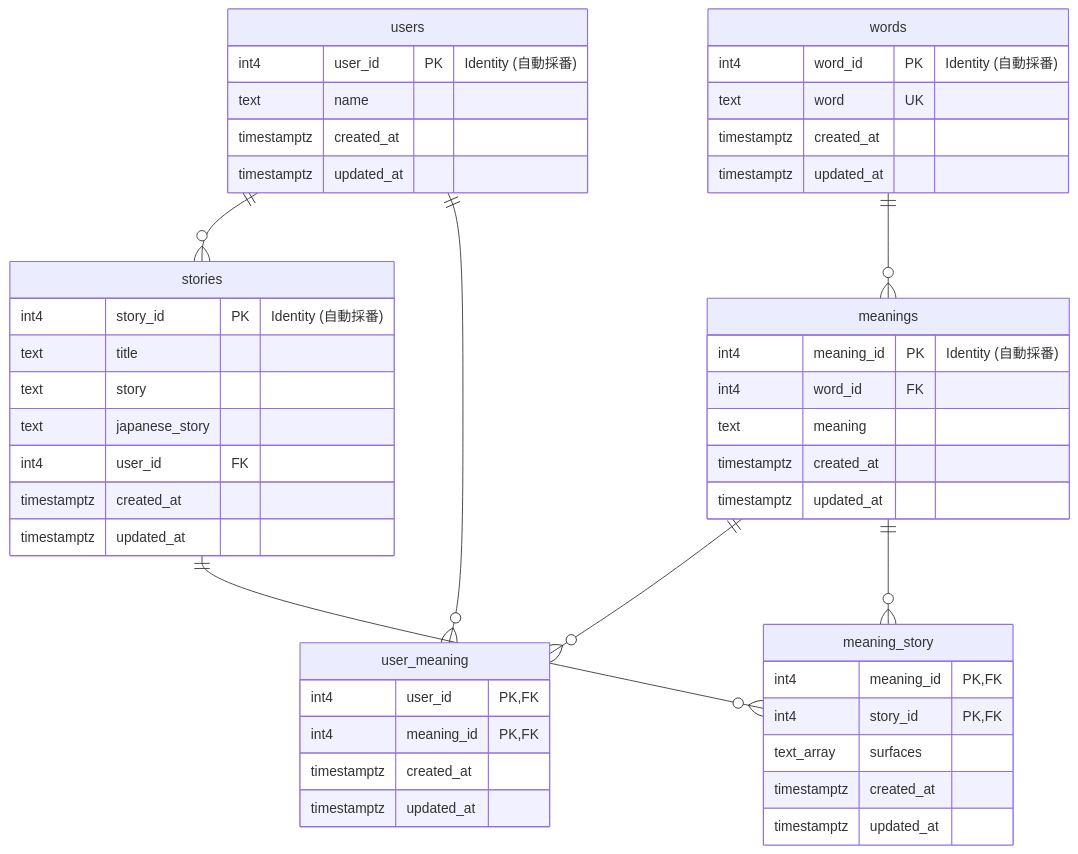
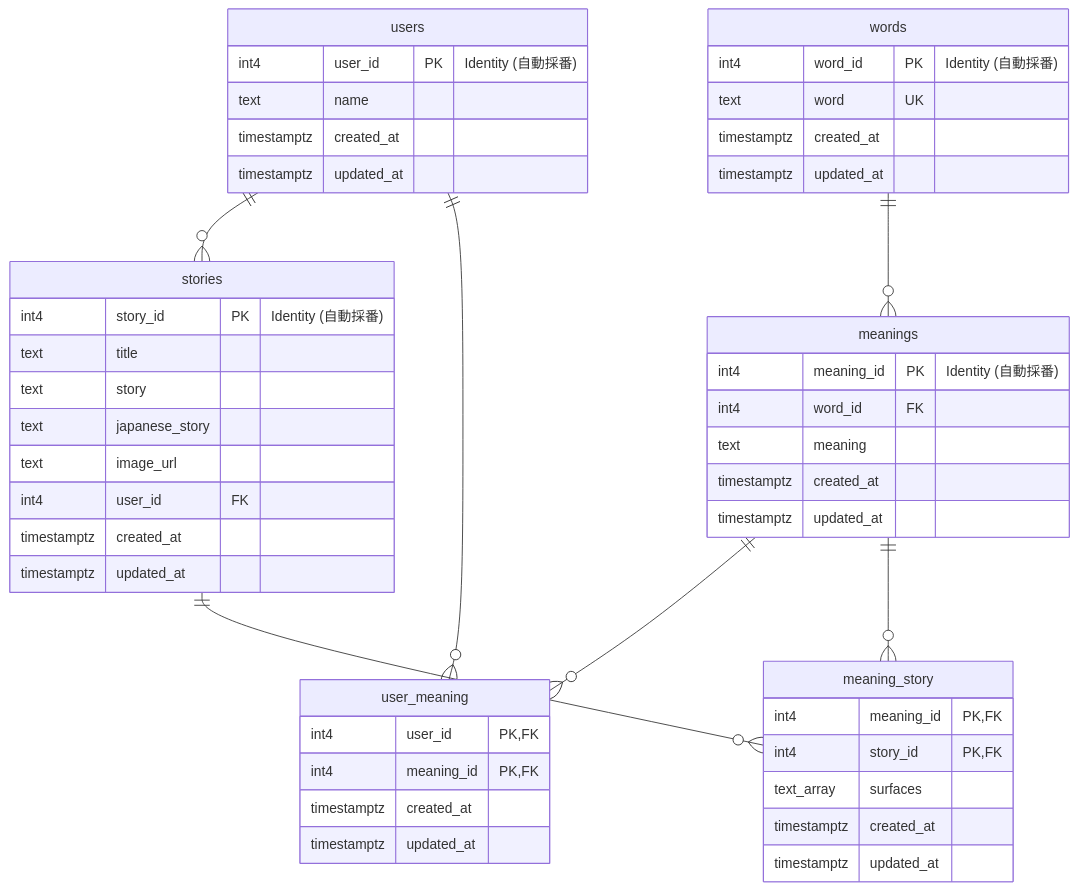
The diagram in docs/データモデル定義書.md (benesse-BOOTCAMP-DIP/teamA), drawn with Mermaid before and after one commit. The commit also changed other lines of this file and 1 other file, not shown here.

````diff
--- a/docs/データモデル定義書.md
+++ b/docs/データモデル定義書.md
@@ -9,56 +9,57 @@
 ```mermaid
 erDiagram
     users ||--o{ stories : ""
     users ||--o{ user_meaning : ""
     words ||--o{ meanings : ""
     meanings ||--o{ user_meaning : ""
     meanings ||--o{ meaning_story : ""
     stories ||--o{ meaning_story : ""
 
     users {
         int4 user_id PK "Identity (自動採番)"
         text name
         timestamptz created_at
         timestamptz updated_at
     }
 
     words {
         int4 word_id PK "Identity (自動採番)"
         text word UK
         timestamptz created_at
         timestamptz updated_at
     }
 
     meanings {
         int4 meaning_id PK "Identity (自動採番)"
         int4 word_id FK
         text meaning
         timestamptz created_at
         timestamptz updated_at
     }
 
     stories {
         int4 story_id PK "Identity (自動採番)"
         text title
         text story
         text japanese_story
+        text image_url
         int4 user_id FK
         timestamptz created_at
         timestamptz updated_at
     }
 
     user_meaning {
         int4 user_id PK,FK
         int4 meaning_id PK,FK
         timestamptz created_at
         timestamptz updated_at
     }
 
     meaning_story {
         int4 meaning_id PK,FK
         int4 story_id PK,FK
         text_array surfaces
         timestamptz created_at
         timestamptz updated_at
     }
 ```
````
